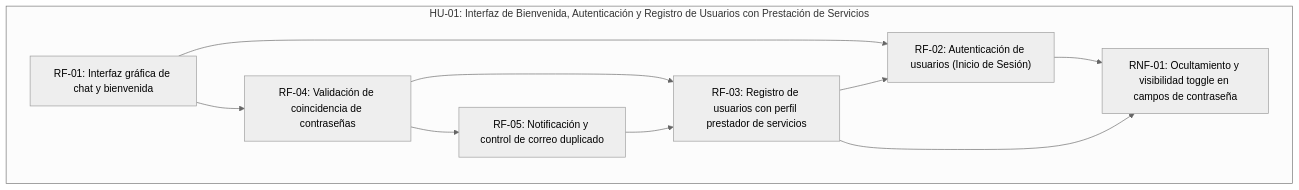
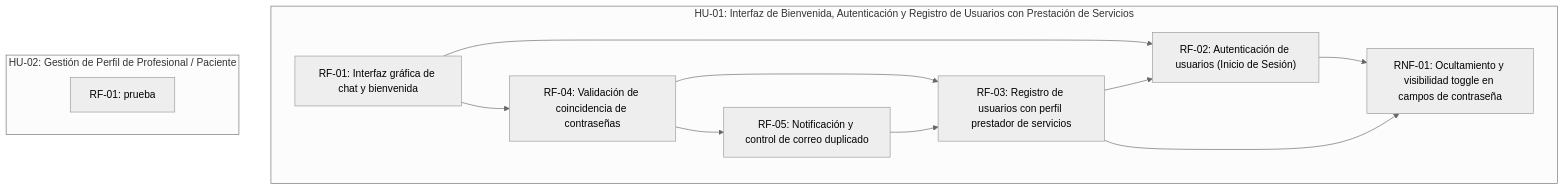
Before and after one commit to fiemcasals/refactoryProfesionales: the diagram in docs/grafo.md, drawn with Mermaid (neutral theme). The commit also changed other lines of this file, not shown here.

Commit message:
Auto-publish: actualiza docs/grafo.md

````diff
--- a/docs/grafo.md
+++ b/docs/grafo.md
@@ -5,19 +5,22 @@
 ```mermaid
 graph TD
   subgraph US_1785510643692["HU-01: Interfaz de Bienvenida, Autenticación y Registro de Usuarios con Prestación de Servicios"]
     REQ_1785771199977["RF-01: Interfaz gráfica de chat y bienvenida"]
     REQ_1785771214294["RF-02: Autenticación de usuarios (Inicio de Sesión)"]
     REQ_1785771214393["RF-03: Registro de usuarios con perfil prestador de servicios"]
     REQ_1785771214462["RF-04: Validación de coincidencia de contraseñas"]
     REQ_1785771214528["RF-05: Notificación y control de correo duplicado"]
     REQ_1785771214595["RNF-01: Ocultamiento y visibilidad toggle en campos de contraseña"]
   end
+  subgraph US_1785769796519["HU-02: Gestión de Perfil de Profesional / Paciente"]
+    REQ_1786726707284["RF-01: prueba"]
+  end
   REQ_1785771199977 --> REQ_1785771214294
   REQ_1785771214393 --> REQ_1785771214294
   REQ_1785771214462 --> REQ_1785771214393
   REQ_1785771214528 --> REQ_1785771214393
   REQ_1785771199977 --> REQ_1785771214462
   REQ_1785771214462 --> REQ_1785771214528
   REQ_1785771214294 --> REQ_1785771214595
   REQ_1785771214393 --> REQ_1785771214595
 ```
````
